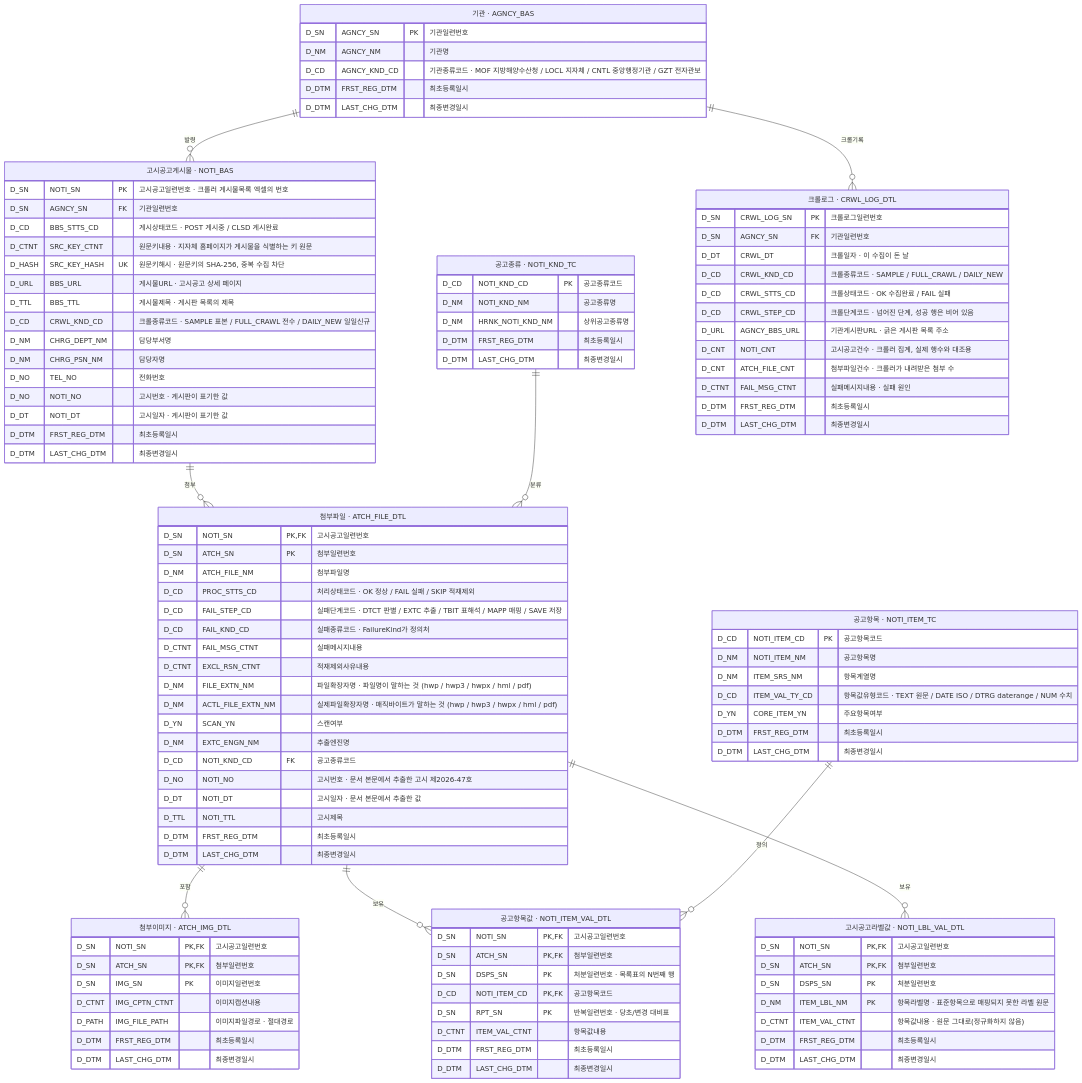
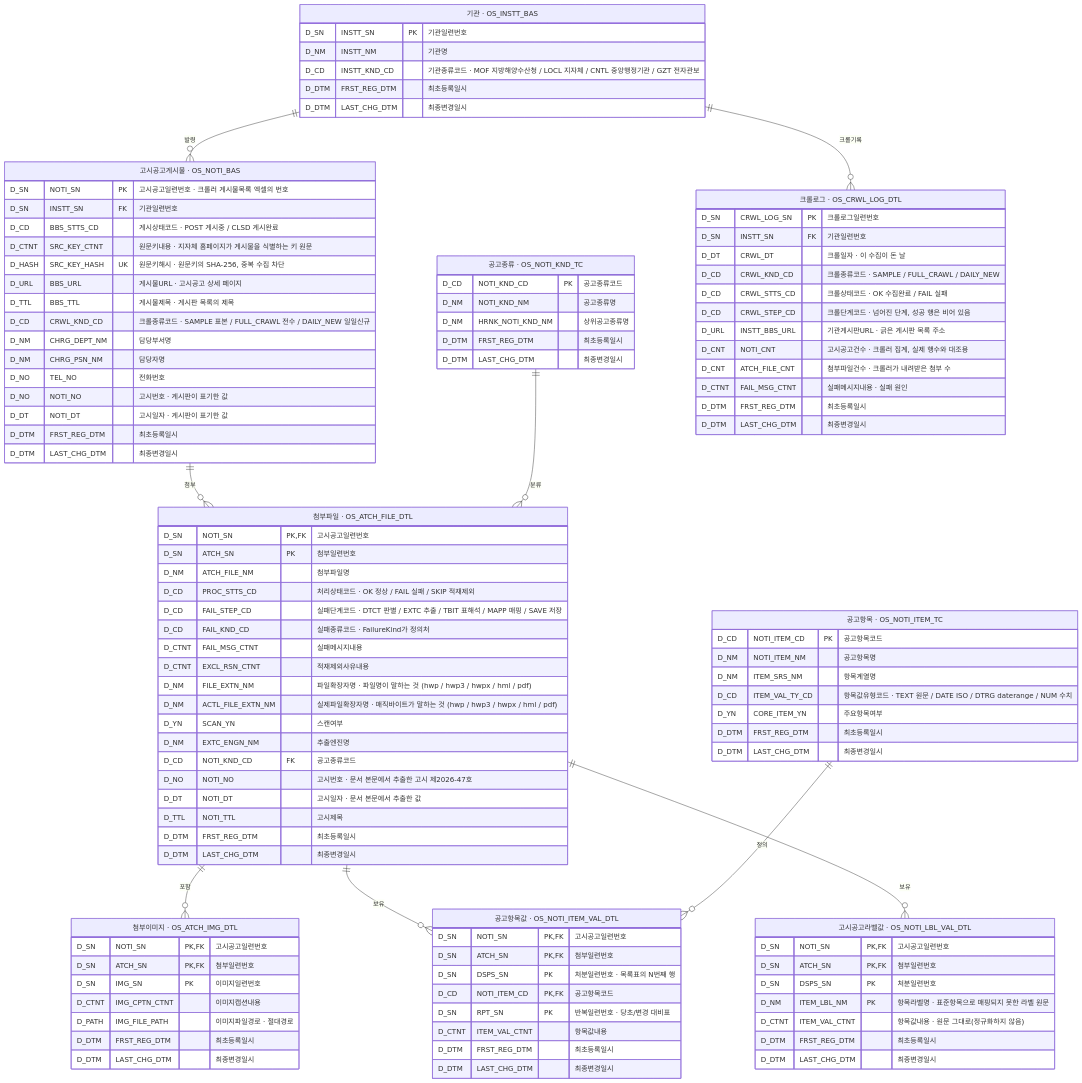
The diagram in README.md (Team-All4Land/All4Land_java-pipeline), drawn with Mermaid before and after one commit. The commit also changed other lines of this file and 29 other files, not shown here.

````diff
--- a/README.md
+++ b/README.md
@@ -285,24 +285,24 @@
 ```mermaid
 erDiagram
-    AGNCY_BAS         ||--o{ NOTI_BAS          : "발령"
-    NOTI_BAS          ||--o{ ATCH_FILE_DTL     : "첨부"
-    ATCH_FILE_DTL     ||--o{ ATCH_IMG_DTL      : "포함"
-    ATCH_FILE_DTL     ||--o{ NOTI_ITEM_VAL_DTL : "보유"
-    NOTI_KND_TC       ||--o{ ATCH_FILE_DTL     : "분류"
-    NOTI_ITEM_TC      ||--o{ NOTI_ITEM_VAL_DTL : "정의"
-    ATCH_FILE_DTL     ||--o{ NOTI_LBL_VAL_DTL  : "보유"
-    AGNCY_BAS         ||--o{ CRWL_LOG_DTL      : "크롤기록"
+    OS_INSTT_BAS         ||--o{ OS_NOTI_BAS          : "발령"
+    OS_NOTI_BAS          ||--o{ OS_ATCH_FILE_DTL     : "첨부"
+    OS_ATCH_FILE_DTL     ||--o{ OS_ATCH_IMG_DTL      : "포함"
+    OS_ATCH_FILE_DTL     ||--o{ OS_NOTI_ITEM_VAL_DTL : "보유"
+    OS_NOTI_KND_TC       ||--o{ OS_ATCH_FILE_DTL     : "분류"
+    OS_NOTI_ITEM_TC      ||--o{ OS_NOTI_ITEM_VAL_DTL : "정의"
+    OS_ATCH_FILE_DTL     ||--o{ OS_NOTI_LBL_VAL_DTL  : "보유"
+    OS_INSTT_BAS         ||--o{ OS_CRWL_LOG_DTL      : "크롤기록"
 
-    AGNCY_BAS["기관 · AGNCY_BAS"] {
-        D_SN   AGNCY_SN     PK "기관일련번호"
-        D_NM   AGNCY_NM        "기관명"
-        D_CD   AGNCY_KND_CD    "기관종류코드 · MOF 지방해양수산청 / LOCL 지자체 / CNTL 중앙행정기관 / GZT 전자관보"
+    OS_INSTT_BAS["기관 · OS_INSTT_BAS"] {
+        D_SN   INSTT_SN     PK "기관일련번호"
+        D_NM   INSTT_NM        "기관명"
+        D_CD   INSTT_KND_CD    "기관종류코드 · MOF 지방해양수산청 / LOCL 지자체 / CNTL 중앙행정기관 / GZT 전자관보"
         D_DTM  FRST_REG_DTM    "최초등록일시"
         D_DTM  LAST_CHG_DTM    "최종변경일시"
     }
-    NOTI_BAS["고시공고게시물 · NOTI_BAS"] {
+    OS_NOTI_BAS["고시공고게시물 · OS_NOTI_BAS"] {
         D_SN   NOTI_SN      PK "고시공고일련번호 · 크롤러 게시물목록 엑셀의 번호"
-        D_SN   AGNCY_SN     FK "기관일련번호"
+        D_SN   INSTT_SN     FK "기관일련번호"
         D_CD   BBS_STTS_CD     "게시상태코드 · POST 게시중 / CLSD 게시완료"
         D_CTNT SRC_KEY_CTNT    "원문키내용 · 지자체 홈페이지가 게시물을 식별하는 키 원문"
         D_HASH SRC_KEY_HASH UK "원문키해시 · 원문키의 SHA-256, 중복 수집 차단"
@@ -317,21 +317,21 @@
         D_DTM  FRST_REG_DTM    "최초등록일시"
         D_DTM  LAST_CHG_DTM    "최종변경일시"
     }
-    CRWL_LOG_DTL["크롤로그 · CRWL_LOG_DTL"] {
+    OS_CRWL_LOG_DTL["크롤로그 · OS_CRWL_LOG_DTL"] {
         D_SN   CRWL_LOG_SN    PK "크롤로그일련번호"
-        D_SN   AGNCY_SN       FK "기관일련번호"
+        D_SN   INSTT_SN       FK "기관일련번호"
         D_DT   CRWL_DT           "크롤일자 · 이 수집이 돈 날"
         D_CD   CRWL_KND_CD       "크롤종류코드 · SAMPLE / FULL_CRAWL / DAILY_NEW"
         D_CD   CRWL_STTS_CD      "크롤상태코드 · OK 수집완료 / FAIL 실패"
         D_CD   CRWL_STEP_CD      "크롤단계코드 · 넘어진 단계, 성공 행은 비어 있음"
-        D_URL  AGNCY_BBS_URL     "기관게시판URL · 긁은 게시판 목록 주소"
+        D_URL  INSTT_BBS_URL     "기관게시판URL · 긁은 게시판 목록 주소"
         D_CNT  NOTI_CNT          "고시공고건수 · 크롤러 집계, 실제 행수와 대조용"
         D_CNT  ATCH_FILE_CNT     "첨부파일건수 · 크롤러가 내려받은 첨부 수"
         D_CTNT FAIL_MSG_CTNT     "실패메시지내용 · 실패 원인"
         D_DTM  FRST_REG_DTM      "최초등록일시"
         D_DTM  LAST_CHG_DTM      "최종변경일시"
     }
-    ATCH_FILE_DTL["첨부파일 · ATCH_FILE_DTL"] {
+    OS_ATCH_FILE_DTL["첨부파일 · OS_ATCH_FILE_DTL"] {
         D_SN   NOTI_SN            PK,FK "고시공고일련번호"
         D_SN   ATCH_SN            PK    "첨부일련번호"
         D_NM   ATCH_FILE_NM             "첨부파일명"
@@ -351,7 +351,7 @@
         D_DTM  FRST_REG_DTM             "최초등록일시"
         D_DTM  LAST_CHG_DTM             "최종변경일시"
     }
-    ATCH_IMG_DTL["첨부이미지 · ATCH_IMG_DTL"] {
+    OS_ATCH_IMG_DTL["첨부이미지 · OS_ATCH_IMG_DTL"] {
         D_SN   NOTI_SN       PK,FK "고시공고일련번호"
         D_SN   ATCH_SN       PK,FK "첨부일련번호"
         D_SN   IMG_SN        PK    "이미지일련번호"
@@ -360,7 +360,7 @@
         D_DTM  FRST_REG_DTM        "최초등록일시"
         D_DTM  LAST_CHG_DTM        "최종변경일시"
     }
-    NOTI_ITEM_VAL_DTL["공고항목값 · NOTI_ITEM_VAL_DTL"] {
+    OS_NOTI_ITEM_VAL_DTL["공고항목값 · OS_NOTI_ITEM_VAL_DTL"] {
         D_SN   NOTI_SN       PK,FK "고시공고일련번호"
         D_SN   ATCH_SN       PK,FK "첨부일련번호"
         D_SN   DSPS_SN       PK    "처분일련번호 · 목록표의 N번째 행"
@@ -370,14 +370,14 @@
         D_DTM  FRST_REG_DTM        "최초등록일시"
         D_DTM  LAST_CHG_DTM        "최종변경일시"
     }
-    NOTI_KND_TC["공고종류 · NOTI_KND_TC"] {
+    OS_NOTI_KND_TC["공고종류 · OS_NOTI_KND_TC"] {
         D_CD   NOTI_KND_CD      PK "공고종류코드"
         D_NM   NOTI_KND_NM         "공고종류명"
         D_NM   HRNK_NOTI_KND_NM    "상위공고종류명"
         D_DTM  FRST_REG_DTM        "최초등록일시"
         D_DTM  LAST_CHG_DTM        "최종변경일시"
     }
-    NOTI_LBL_VAL_DTL["고시공고라벨값 · NOTI_LBL_VAL_DTL"] {
+    OS_NOTI_LBL_VAL_DTL["고시공고라벨값 · OS_NOTI_LBL_VAL_DTL"] {
         D_SN   NOTI_SN       PK,FK "고시공고일련번호"
         D_SN   ATCH_SN       PK,FK "첨부일련번호"
         D_SN   DSPS_SN       PK    "처분일련번호"
@@ -386,7 +386,7 @@
         D_DTM  FRST_REG_DTM        "최초등록일시"
         D_DTM  LAST_CHG_DTM        "최종변경일시"
     }
-    NOTI_ITEM_TC["공고항목 · NOTI_ITEM_TC"] {
+    OS_NOTI_ITEM_TC["공고항목 · OS_NOTI_ITEM_TC"] {
         D_CD   NOTI_ITEM_CD    PK "공고항목코드"
         D_NM   NOTI_ITEM_NM       "공고항목명"
         D_NM   ITEM_SRS_NM        "항목계열명"
````
